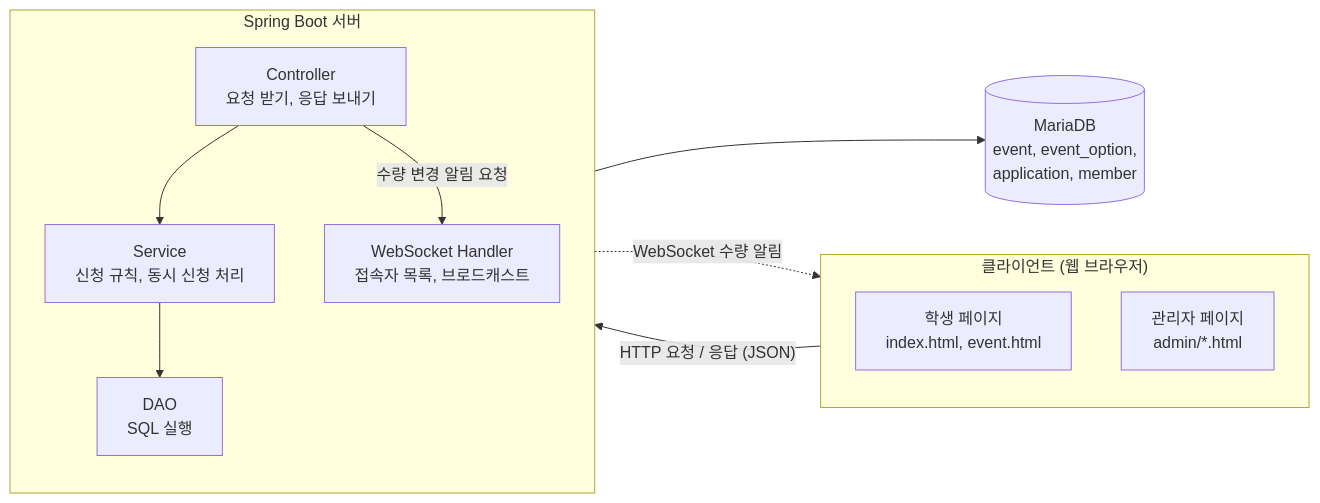
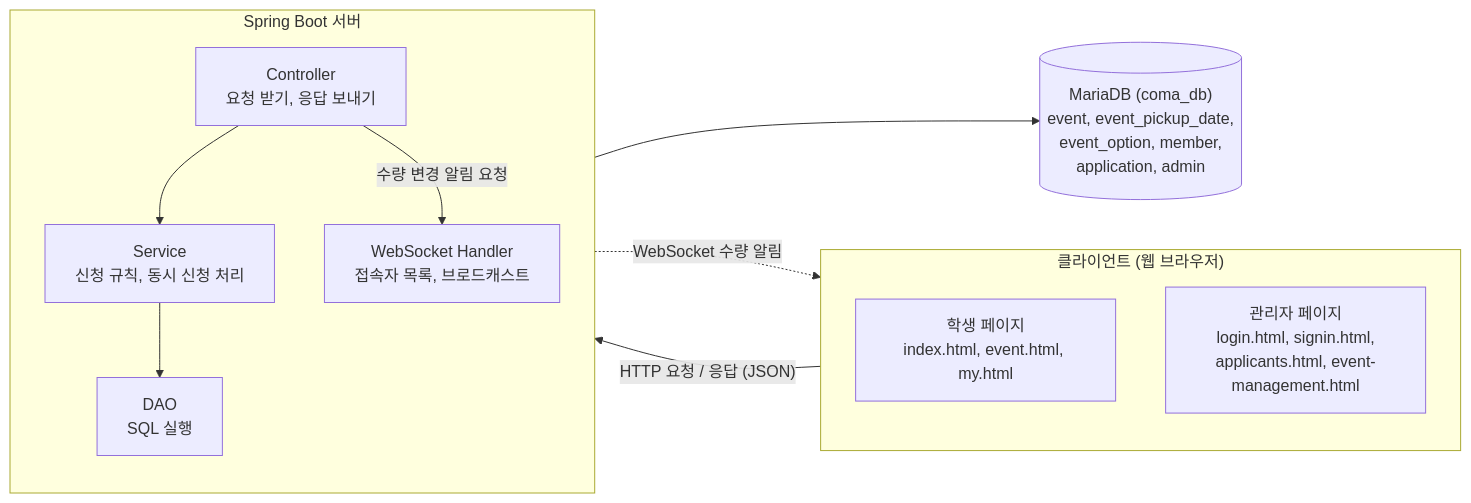
Before and after one commit to xeoucys/Coma: the first of 4 diagrams in docs/design-system-structure.md, drawn with Mermaid. The commit also changed other lines of this file and 22 other files, not shown here.

````diff
--- a/docs/design-system-structure.md
+++ b/docs/design-system-structure.md
@@ -20,24 +20,24 @@
 ```mermaid
 flowchart LR
     subgraph Client["클라이언트 (웹 브라우저)"]
         direction TB
-        S["학생 페이지<br/>index.html, event.html"]
-        A["관리자 페이지<br/>admin/*.html"]
+        S["학생 페이지<br/>index.html, event.html, my.html"]
+        A["관리자 페이지<br/>login.html, signin.html,<br/>applicants.html, event-management.html"]
     end
 
     subgraph Server["Spring Boot 서버"]
         direction TB
         C["Controller<br/>요청 받기, 응답 보내기"]
         SV["Service<br/>신청 규칙, 동시 신청 처리"]
         D["DAO<br/>SQL 실행"]
         WS["WebSocket Handler<br/>접속자 목록, 브로드캐스트"]
         C --> SV --> D
         C -- "수량 변경 알림 요청" --> WS
     end
 
-    DB[("MariaDB<br/>event, event_option,<br/>application, member")]
+    DB[("MariaDB (coma_db)<br/>event, event_pickup_date,<br/>event_option, member,<br/>application, admin")]
 
     Client -- "HTTP 요청 / 응답 (JSON)" --> C
     WS -. "WebSocket 수량 알림" .-> Client
     D --> DB
 ```
````
